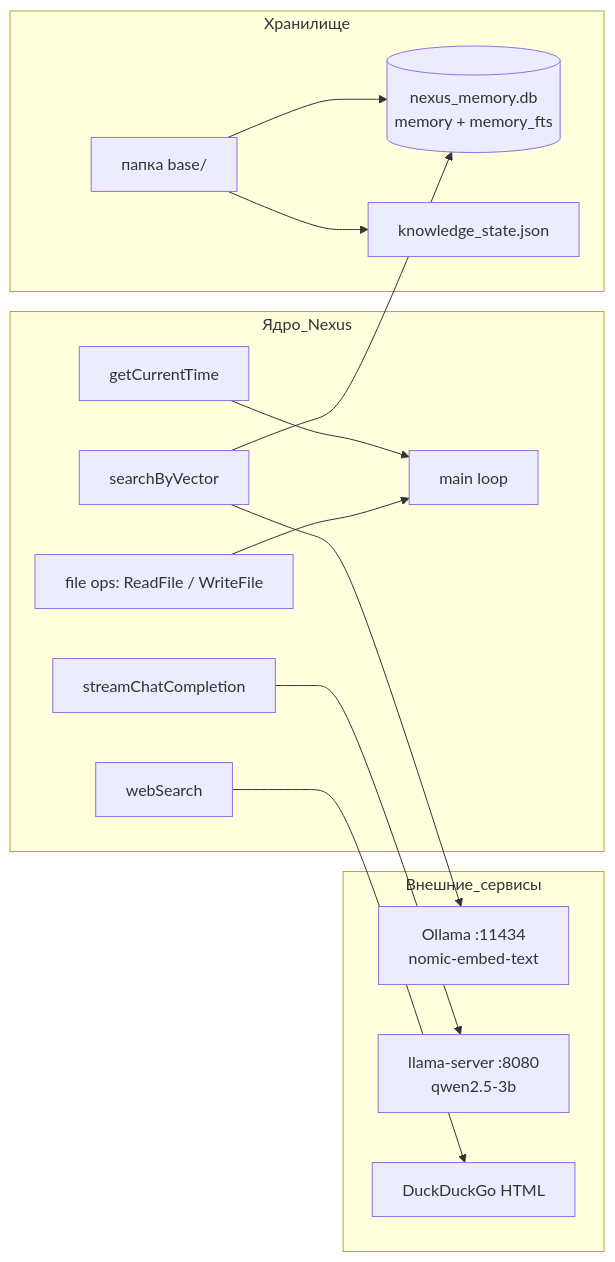
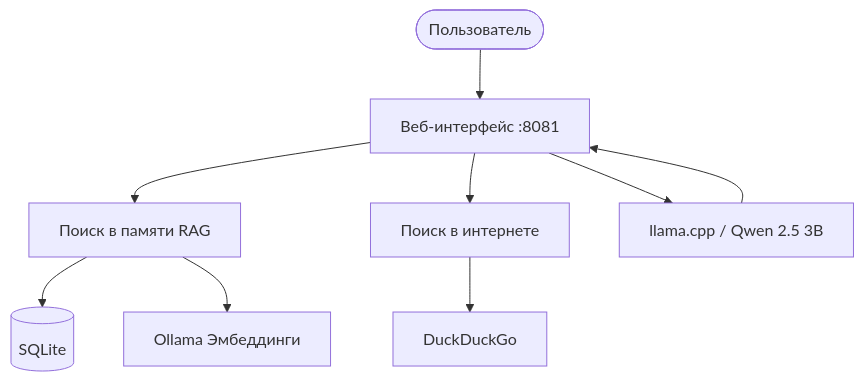
One commit to 1Maniak/nexus changed the first of 3 diagrams in docs/ARCHITECTURE.md. Above: the diagram before and after it, drawn with Mermaid. The commit also changed other lines of this file and 2 other files, not shown here.

Commit message:
docs: sync architecture, roadmap and tools with v1.6.0

````diff
--- a/docs/ARCHITECTURE.md
+++ b/docs/ARCHITECTURE.md
@@ -84,32 +12,14 @@
 ```mermaid
-graph LR
-    subgraph Ядро_Nexus
-        MAIN[main loop]
-        TIME[getCurrentTime]
-        FILE[file ops: ReadFile / WriteFile]
-        SEARCH[webSearch]
-        RAG[searchByVector]
-        LLM[streamChatCompletion]
-    end
-
-    subgraph Внешние_сервисы
-        OLLAMA[Ollama :11434<br/>nomic-embed-text]
-        QWEN[llama-server :8080<br/>qwen2.5-3b]
-        DDG[DuckDuckGo HTML]
-    end
-
-    subgraph Хранилище
-        DB[(nexus_memory.db<br/>memory + memory_fts)]
-        STATE[knowledge_state.json]
-        BASE[папка base/]
-    end
-
-    TIME --> MAIN
-    FILE --> MAIN
-    SEARCH --> DDG
-    RAG --> OLLAMA
-    RAG --> DB
-    LLM --> QWEN
-    BASE --> STATE
-    BASE --> DB
+flowchart TD
+    U([Пользователь]) --> WEB[Веб-интерфейс :8081]
+    WEB --> RAG[Поиск в памяти RAG]
+    WEB --> WEBSEARCH[Поиск в интернете]
+    
+    RAG --> DB[(SQLite)]
+    RAG --> OLLAMA[Ollama Эмбеддинги]
+    
+    WEBSEARCH --> DDG[DuckDuckGo]
+    
+    WEB --> LLM[llama.cpp / Qwen 2.5 3B]
+    LLM --> WEB
 ```
````
